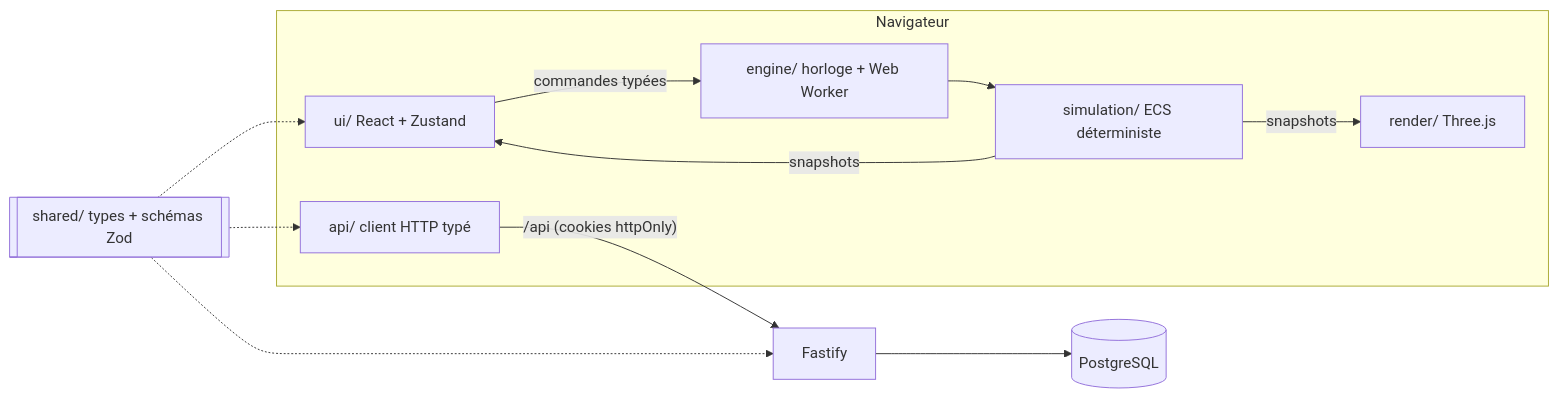
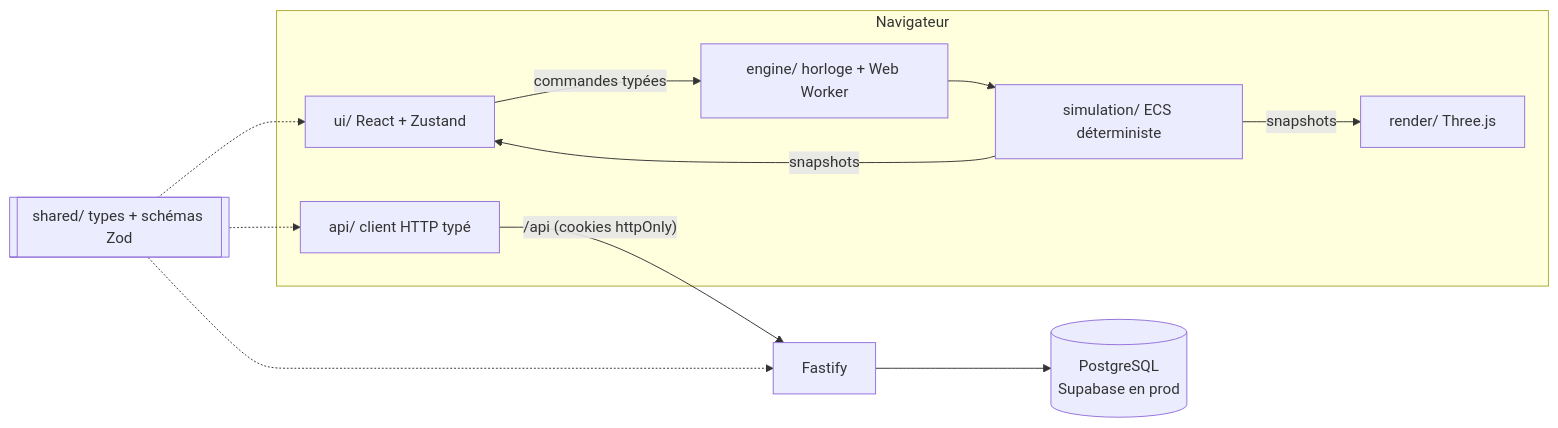
The first of 4 diagrams in README.md (7h0mas92/Open_Space_Simulator), drawn with Mermaid before and after one commit. The commit also changed other lines of this file and 8 other files, not shown here.

````diff
--- a/README.md
+++ b/README.md
@@ -157,15 +157,15 @@
 ```mermaid
 flowchart LR
   subgraph Navigateur
     UI[ui/ React + Zustand] -- commandes typées --> ENG[engine/ horloge + Web Worker]
     ENG --> SIM[simulation/ ECS déterministe]
     SIM -- snapshots --> R[render/ Three.js]
     SIM -- snapshots --> UI
     API[api/ client HTTP typé]
   end
   API -- "/api (cookies httpOnly)" --> S[Fastify]
-  S --> DB[(PostgreSQL)]
+  S --> DB[(PostgreSQL<br/>Supabase en prod)]
   SH[[shared/ types + schémas Zod]] -.-> UI
   SH -.-> API
   SH -.-> S
 ```
````
